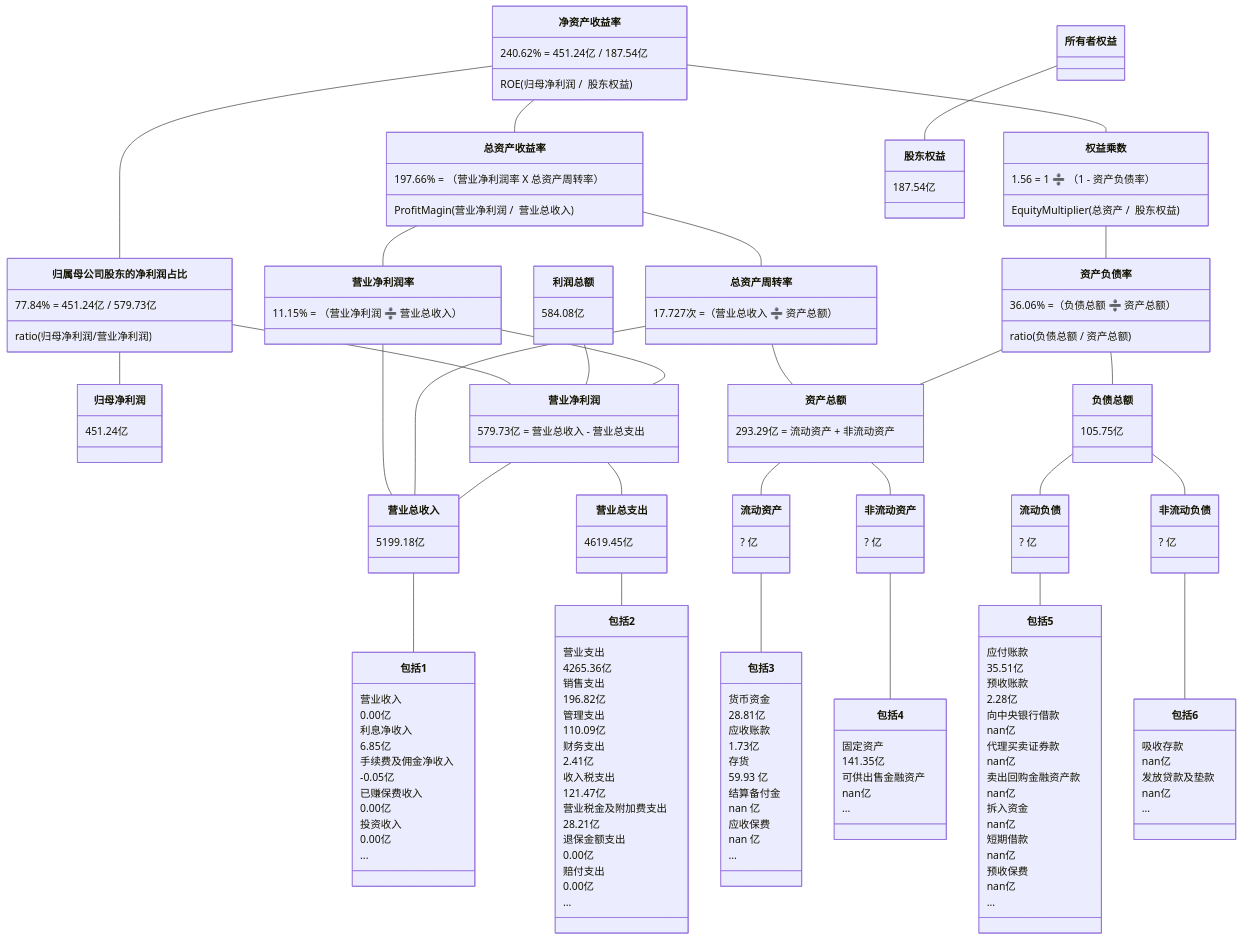
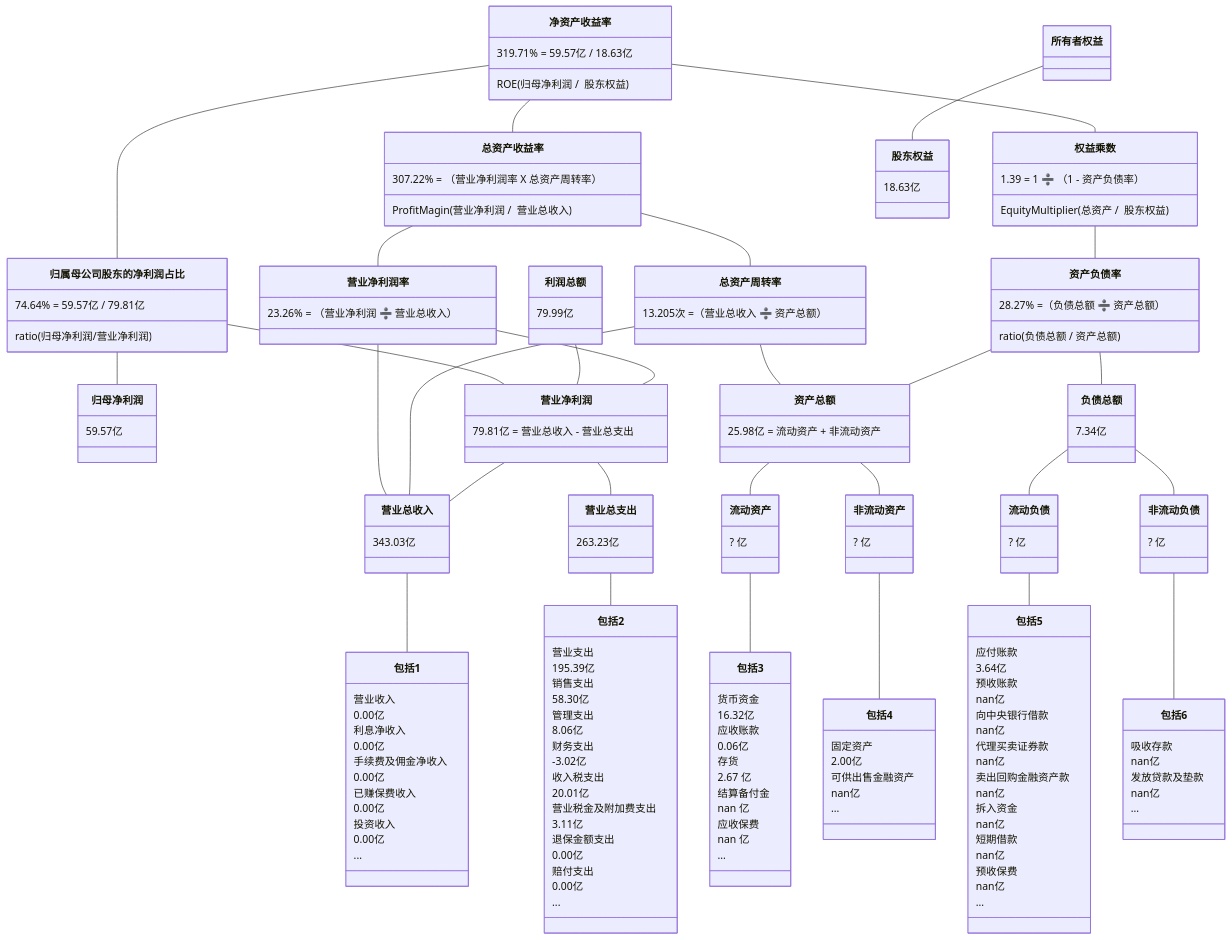
The tenth of 10 diagrams in 2/2.md (TheVeryDarkness/cs410), drawn with Mermaid before and after one commit. The commit also changed other lines of this file and 53 other files, not shown here.

````diff
--- a/2/2.md
+++ b/2/2.md
@@ -1455,45 +1575,45 @@
 ```mermaid
 classDiagram
 净资产收益率 -- 总资产收益率
-    净资产收益率 : 240.62% = 451.24亿 / 187.54亿
+    净资产收益率 : 319.71% = 59.57亿 / 18.63亿
     净资产收益率 : ROE(归母净利润 /  股东权益)
-    总资产收益率 : 197.66% = （营业净利润率 X 总资产周转率）
+    总资产收益率 : 307.22% = （营业净利润率 X 总资产周转率）
     总资产收益率 : ProfitMagin(营业净利润 /  营业总收入)
 净资产收益率 -- 归属母公司股东的净利润占比
-	  归属母公司股东的净利润占比 : 77.84% = 451.24亿 / 579.73亿
+	  归属母公司股东的净利润占比 : 74.64% = 59.57亿 / 79.81亿
 	  归属母公司股东的净利润占比 : ratio(归母净利润/营业净利润)
 归属母公司股东的净利润占比 -- 归母净利润
-    归母净利润 : 451.24亿
+    归母净利润 : 59.57亿
 归属母公司股东的净利润占比 -- 营业净利润
-利润总额 : 584.08亿
+利润总额 : 79.99亿
 利润总额 -- 营业净利润
 净资产收益率 -- 权益乘数
-    权益乘数 : 1.56 = 1 ➗ （1 - 资产负债率）
+    权益乘数 : 1.39 = 1 ➗ （1 - 资产负债率）
     权益乘数 : EquityMultiplier(总资产 /  股东权益)
 
 总资产收益率 -- 营业净利润率
-    营业净利润率 : 11.15% = （营业净利润 ➗ 营业总收入）
+    营业净利润率 : 23.26% = （营业净利润 ➗ 营业总收入）
 总资产收益率 -- 总资产周转率
-    总资产周转率 : 17.727次 =（营业总收入 ➗ 资产总额）
+    总资产周转率 : 13.205次 =（营业总收入 ➗ 资产总额）
 权益乘数 -- 资产负债率
-    资产负债率  : 36.06% =（负债总额 ➗ 资产总额）
+    资产负债率  : 28.27% =（负债总额 ➗ 资产总额）
     资产负债率  : ratio(负债总额 / 资产总额)
 
 营业净利润率 -- 营业净利润
-    营业净利润 : 579.73亿 = 营业总收入 - 营业总支出
+    营业净利润 : 79.81亿 = 营业总收入 - 营业总支出
 营业净利润率 -- 营业总收入
 总资产周转率 -- 营业总收入
 总资产周转率 -- 资产总额
-    资产总额 : 293.29亿 = 流动资产 + 非流动资产
+    资产总额 : 25.98亿 = 流动资产 + 非流动资产
 资产负债率 -- 负债总额
-    负债总额 : 105.75亿
+    负债总额 : 7.34亿
 资产负债率 -- 资产总额
 
 
 营业净利润 -- 营业总收入
-    营业总收入 : 5199.18亿
+    营业总收入 : 343.03亿
 营业净利润 -- 营业总支出
-    营业总支出 : 4619.45亿
+    营业总支出 : 263.23亿
 资产总额 -- 流动资产
 	  流动资产 : ? 亿
 资产总额 -- 非流动资产
@@ -1507,9 +1627,9 @@
     包括1 : 营业收入
     包括1 : 0.00亿
     包括1 : 利息净收入
-    包括1 : 6.85亿
+    包括1 : 0.00亿
     包括1 : 手续费及佣金净收入
-    包括1 : -0.05亿
+    包括1 : 0.00亿
     包括1 : 已赚保费收入
     包括1 : 0.00亿
     包括1 : 投资收入
@@ -1517,17 +1637,17 @@
     包括1 : ...
 营业总支出 -- 包括2
     包括2 : 营业支出
-    包括2 : 4265.36亿
+    包括2 : 195.39亿
     包括2 : 销售支出
-    包括2 : 196.82亿
+    包括2 : 58.30亿
     包括2 : 管理支出
-    包括2 : 110.09亿
+    包括2 : 8.06亿
     包括2 : 财务支出
-    包括2 : 2.41亿
+    包括2 : -3.02亿
     包括2 : 收入税支出
-    包括2 : 121.47亿
+    包括2 : 20.01亿
     包括2 : 营业税金及附加费支出
-    包括2 : 28.21亿
+    包括2 : 3.11亿
     包括2 : 退保金额支出
     包括2 : 0.00亿
     包括2 : 赔付支出
@@ -1535,11 +1655,11 @@
     包括2 : ...
 流动资产 -- 包括3
     包括3 : 货币资金
-    包括3 : 28.81亿
+    包括3 : 16.32亿
     包括3 : 应收账款
-    包括3 : 1.73亿
+    包括3 : 0.06亿
     包括3 : 存货
-    包括3 : 59.93 亿
+    包括3 : 2.67 亿
     包括3 : 结算备付金
     包括3 : nan 亿
     包括3 : 应收保费
@@ -1547,15 +1667,15 @@
     包括3 : ...
 非流动资产 -- 包括4
     包括4 : 固定资产
-    包括4 : 141.35亿
+    包括4 : 2.00亿
     包括4 : 可供出售金融资产
     包括4 : nan亿
     包括4 : ...
 流动负债 -- 包括5
     包括5 : 应付账款
-    包括5 : 35.51亿
+    包括5 : 3.64亿
     包括5 : 预收账款
-    包括5 : 2.28亿
+    包括5 : nan亿
     包括5 : 向中央银行借款
     包括5 : nan亿
     包括5 : 代理买卖证券款
@@ -1576,5 +1696,5 @@
     包括6 : nan亿
     包括6 : ...
 所有者权益 -- 股东权益
-    股东权益 : 187.54亿
+    股东权益 : 18.63亿
 ```
````
